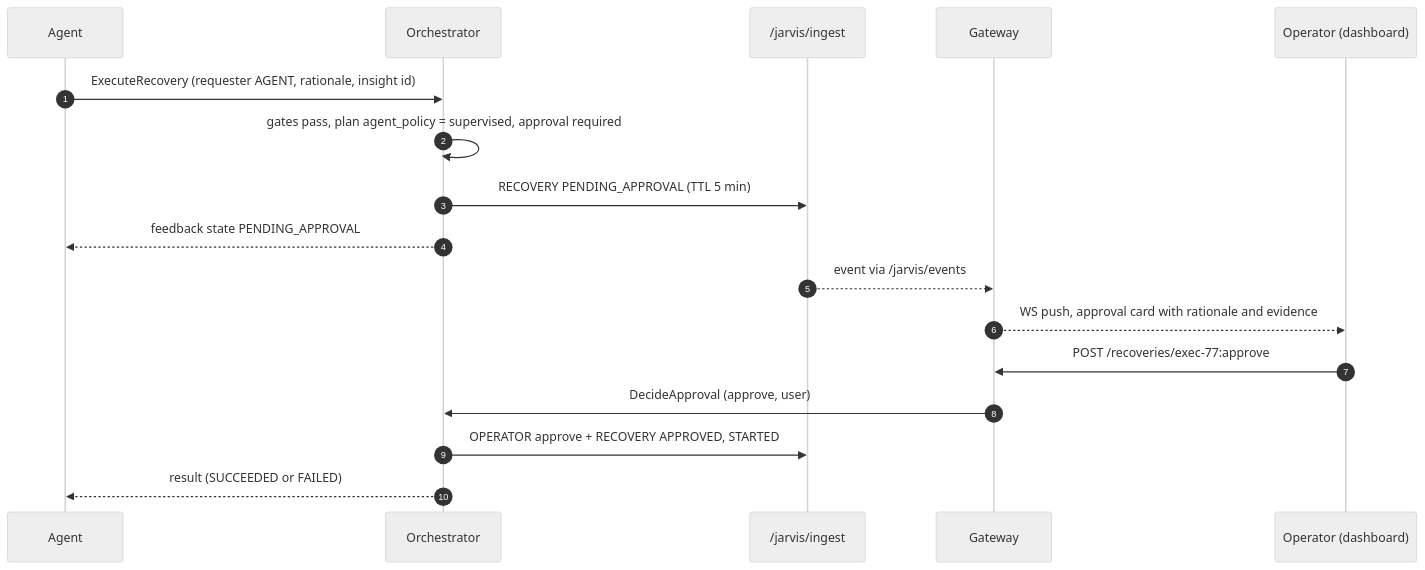
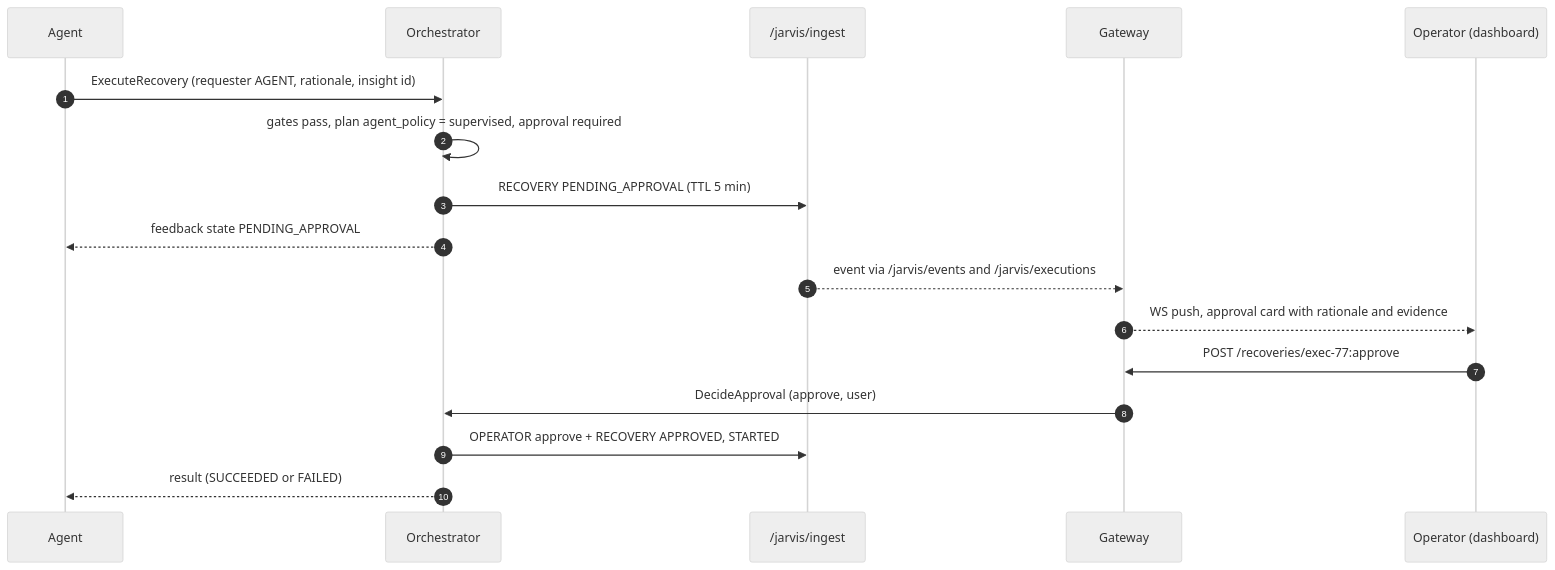
The seventh of 10 diagrams in docs/design/04-data-flow.md (guilyx/jarvis_ros2), drawn with Mermaid (neutral theme) before and after one commit. The commit also changed other lines of this file and 20 other files, not shown here.

````diff
--- a/docs/design/04-data-flow.md
+++ b/docs/design/04-data-flow.md
@@ -172,20 +170,20 @@
 ```mermaid
 sequenceDiagram
   autonumber
   participant AG as Agent
   participant RO as Orchestrator
   participant IN as /jarvis/ingest
   participant GW as Gateway
   participant OP as Operator (dashboard)
 
   AG->>RO: ExecuteRecovery (requester AGENT, rationale, insight id)
   RO->>RO: gates pass, plan agent_policy = supervised, approval required
   RO->>IN: RECOVERY PENDING_APPROVAL (TTL 5 min)
   RO-->>AG: feedback state PENDING_APPROVAL
-  IN-->>GW: event via /jarvis/events
+  IN-->>GW: event via /jarvis/events and /jarvis/executions
   GW-->>OP: WS push, approval card with rationale and evidence
   OP->>GW: POST /recoveries/exec-77:approve
   GW->>RO: DecideApproval (approve, user)
   RO->>IN: OPERATOR approve + RECOVERY APPROVED, STARTED
   RO-->>AG: result (SUCCEEDED or FAILED)
 ```
````
